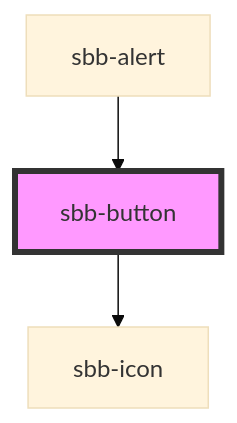
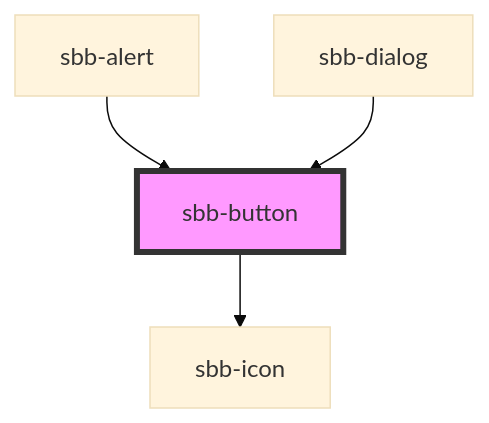
Before and after one commit to sbb-design-systems/lyne-components: the diagram in src/components/sbb-button/readme.md, drawn with Mermaid (base theme). The commit also changed other lines of this file and 13 other files, not shown here.

Commit message:
feat: introduce sbb-dialog component

````diff
--- a/src/components/sbb-button/readme.md
+++ b/src/components/sbb-button/readme.md
@@ -88,6 +89,7 @@
 ```mermaid
 graph TD;
   sbb-button --> sbb-icon
   sbb-alert --> sbb-button
+  sbb-dialog --> sbb-button
   style sbb-button fill:#f9f,stroke:#333,stroke-width:4px
 ```
````
